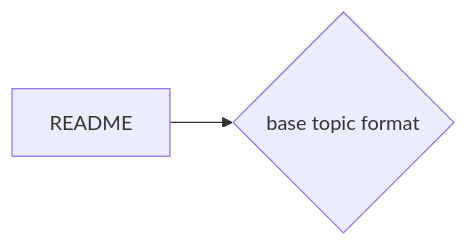
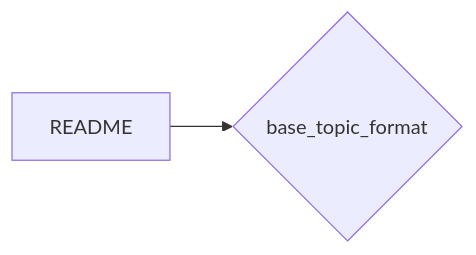
One commit to lpurdy01/crypto-knowledge-map changed the diagram in notes/base_topic_format.md. Above: the diagram before and after it, drawn with Mermaid. The commit also changed 161 other files, not shown here.

````diff
--- a/notes/base_topic_format.md
+++ b/notes/base_topic_format.md
@@ -8,4 +8,4 @@
 ```mermaid
 graph LR
-1["README"]-->0{"base topic format"}
+1["README"]-->0{"base_topic_format"}
 ```
````
